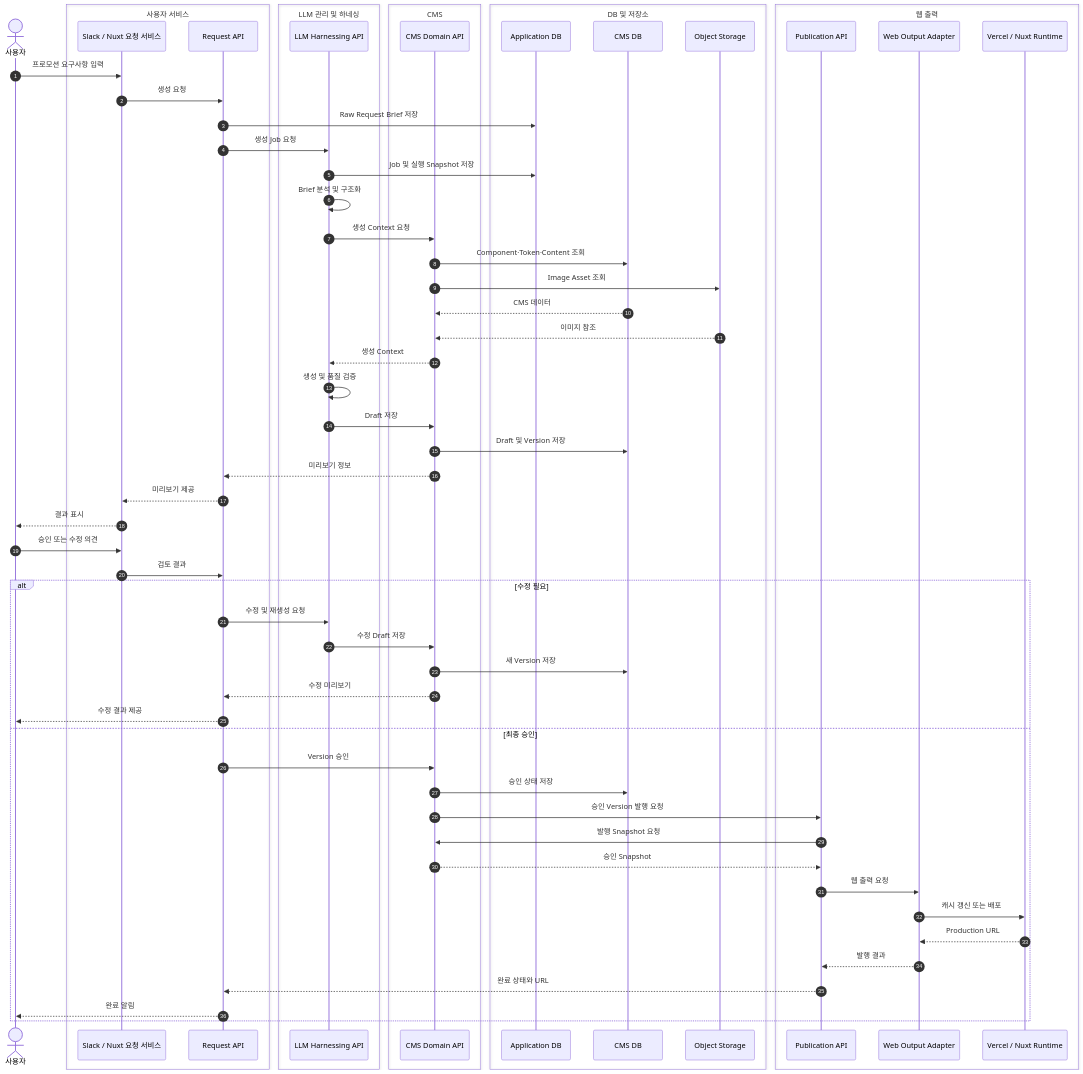
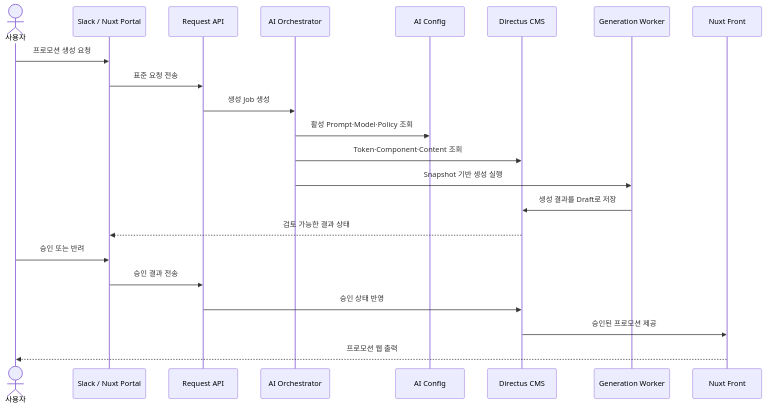
The second of 3 diagrams in document/content/doc-0093.md (howardchoi-nsus/promo_web_builder), drawn with Mermaid before and after one commit. The commit also changed other lines of this file and 592 other files, not shown here.

````diff
--- a/document/content/doc-0093.md
+++ b/document/content/doc-0093.md
@@ -154,76 +202,25 @@
 ```mermaid
 sequenceDiagram
-  autonumber
+  actor User as 사용자
+  participant Channel as Slack / Nuxt Portal
+  participant API as Request API
+  participant AI as AI Orchestrator
+  participant Admin as AI Config
+  participant CMS as Directus CMS
+  participant Worker as Generation Worker
+  participant Front as Nuxt Front
 
-  actor User as 사용자
-
-  box 사용자 서비스
-    participant Channel as Slack / Nuxt 요청 서비스
-    participant RequestAPI as Request API
-  end
-
-  box LLM 관리 및 하네싱
-    participant LLMAPI as LLM Harnessing API
-  end
-
-  box CMS
-    participant CMSAPI as CMS Domain API
-  end
-
-  box DB 및 저장소
-    participant AppDB as Application DB
-    participant CMSDB as CMS DB
-    participant Storage as Object Storage
-  end
-
-  box 웹 출력
-    participant PublishAPI as Publication API
-    participant OutputAdapter as Web Output Adapter
-    participant Runtime as Vercel / Nuxt Runtime
-  end
-
-  User->>Channel: 프로모션 요구사항 입력
-  Channel->>RequestAPI: 생성 요청
-  RequestAPI->>AppDB: Raw Request Brief 저장
-
-  RequestAPI->>LLMAPI: 생성 Job 요청
-  LLMAPI->>AppDB: Job 및 실행 Snapshot 저장
-  LLMAPI->>LLMAPI: Brief 분석 및 구조화
-
-  LLMAPI->>CMSAPI: 생성 Context 요청
-  CMSAPI->>CMSDB: Component·Token·Content 조회
-  CMSAPI->>Storage: Image Asset 조회
-  CMSDB-->>CMSAPI: CMS 데이터
-  Storage-->>CMSAPI: 이미지 참조
-  CMSAPI-->>LLMAPI: 생성 Context
-
-  LLMAPI->>LLMAPI: 생성 및 품질 검증
-  LLMAPI->>CMSAPI: Draft 저장
-  CMSAPI->>CMSDB: Draft 및 Version 저장
-  CMSAPI-->>RequestAPI: 미리보기 정보
-  RequestAPI-->>Channel: 미리보기 제공
-  Channel-->>User: 결과 표시
-
-  User->>Channel: 승인 또는 수정 의견
-  Channel->>RequestAPI: 검토 결과
-
-  alt 수정 필요
-    RequestAPI->>LLMAPI: 수정 및 재생성 요청
-    LLMAPI->>CMSAPI: 수정 Draft 저장
-    CMSAPI->>CMSDB: 새 Version 저장
-    CMSAPI-->>RequestAPI: 수정 미리보기
-    RequestAPI-->>User: 수정 결과 제공
-  else 최종 승인
-    RequestAPI->>CMSAPI: Version 승인
-    CMSAPI->>CMSDB: 승인 상태 저장
-    CMSAPI->>PublishAPI: 승인 Version 발행 요청
-    PublishAPI->>CMSAPI: 발행 Snapshot 요청
-    CMSAPI-->>PublishAPI: 승인 Snapshot
-    PublishAPI->>OutputAdapter: 웹 출력 요청
-    OutputAdapter->>Runtime: 캐시 갱신 또는 배포
-    Runtime-->>OutputAdapter: Production URL
-    OutputAdapter-->>PublishAPI: 발행 결과
-    PublishAPI-->>RequestAPI: 완료 상태와 URL
-    RequestAPI-->>User: 완료 알림
-  end
+  User->>Channel: 프로모션 생성 요청
+  Channel->>API: 표준 요청 전송
+  API->>AI: 생성 Job 생성
+  AI->>Admin: 활성 Prompt·Model·Policy 조회
+  AI->>CMS: Token·Component·Content 조회
+  AI->>Worker: Snapshot 기반 생성 실행
+  Worker->>CMS: 생성 결과를 Draft로 저장
+  CMS-->>Channel: 검토 가능한 결과 상태
+  User->>Channel: 승인 또는 반려
+  Channel->>API: 승인 결과 전송
+  API->>CMS: 승인 상태 반영
+  CMS->>Front: 승인된 프로모션 제공
+  Front-->>User: 프로모션 웹 출력
 ```
````
